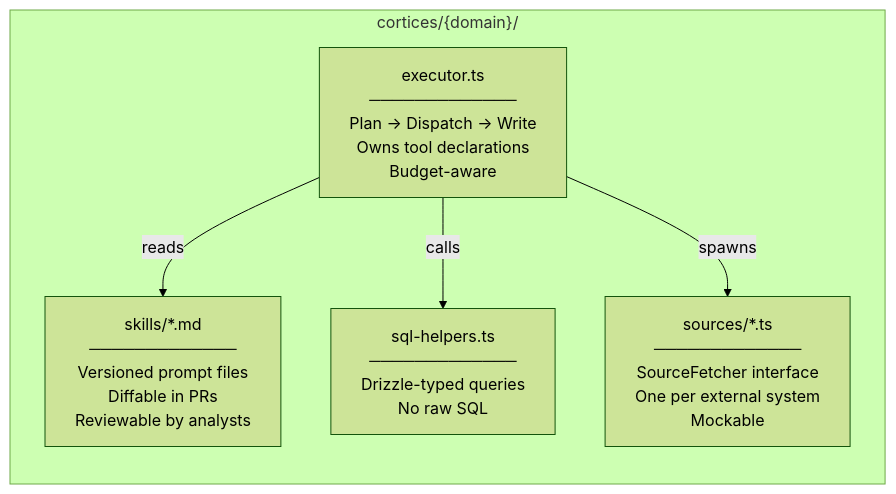
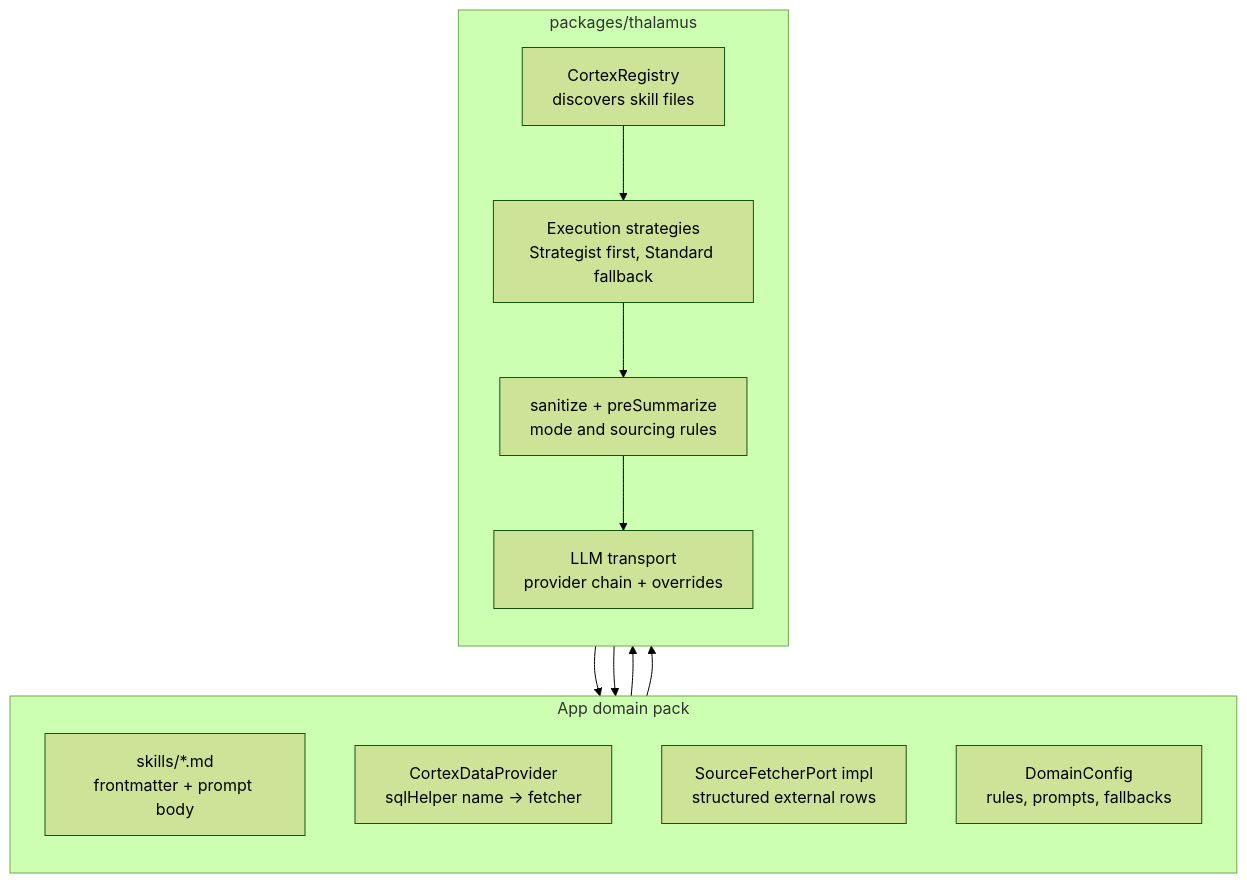
Before and after one commit to jeremienunez/thalamus-usecase-ssa-: the diagram in docs/specs/architecture/figures/04-cortex-anatomy.mmd, drawn with Mermaid (forest theme). The commit also changed 68 other files, not shown here.

Commit message:
docs: refresh architecture specs and PDFs

```diff
--- a/docs/specs/architecture/figures/04-cortex-anatomy.mmd
+++ b/docs/specs/architecture/figures/04-cortex-anatomy.mmd
@@ -1,12 +1,24 @@
 flowchart TB
-    subgraph CORTEX["cortices/{domain}/"]
+    subgraph APP["App domain pack"]
         direction TB
-        Skills["skills/*.md<br/>─────────────<br/>Versioned prompt files<br/>Diffable in PRs<br/>Reviewable by analysts"]
-        SQL["sql-helpers.ts<br/>─────────────<br/>Drizzle-typed queries<br/>No raw SQL"]
-        Sources["sources/*.ts<br/>─────────────<br/>SourceFetcher interface<br/>One per external system<br/>Mockable"]
-        Executor["executor.ts<br/>─────────────<br/>Plan → Dispatch → Write<br/>Owns tool declarations<br/>Budget-aware"]
+        Skills["skills/*.md<br/>frontmatter + prompt body"]
+        Data["CortexDataProvider<br/>sqlHelper name -> fetcher"]
+        Sources["SourceFetcherPort impl<br/>structured external rows"]
+        Domain["DomainConfig<br/>rules, prompts, fallbacks"]
     end
 
-    Executor -->|"reads"| Skills
-    Executor -->|"calls"| SQL
-    Executor -->|"spawns"| Sources
+    subgraph KERNEL["packages/thalamus"]
+        direction TB
+        Registry["CortexRegistry<br/>discovers skill files"]
+        Strategy["Execution strategies<br/>Strategist first, Standard fallback"]
+        Payload["sanitize + preSummarize<br/>mode and sourcing rules"]
+        LLM["LLM transport<br/>provider chain + overrides"]
+    end
+
+    Skills --> Registry
+    Domain --> Strategy
+    Registry --> Strategy
+    Strategy --> Data
+    Strategy --> Sources
+    Strategy --> Payload
+    Payload --> LLM
```
